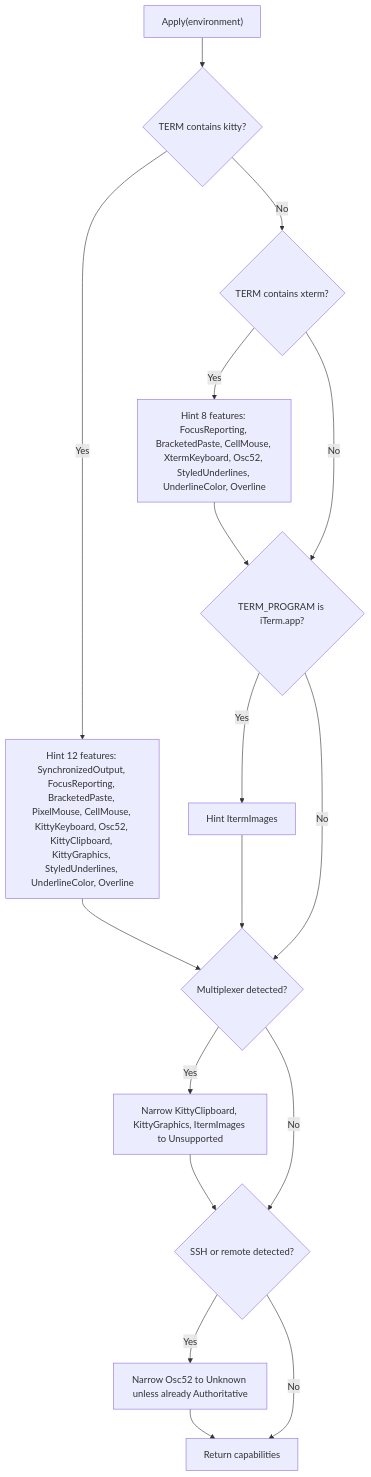
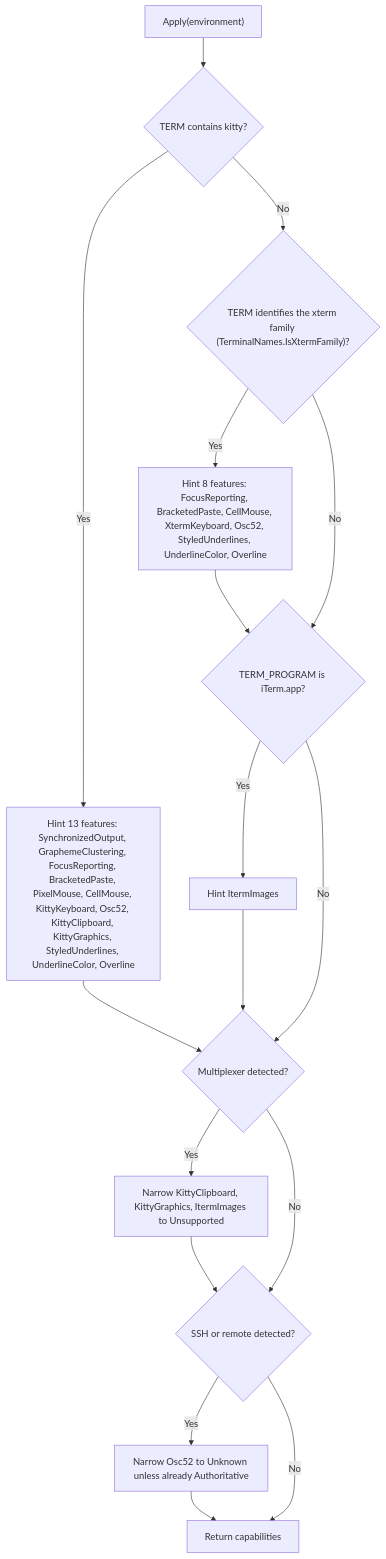
The first of 3 diagrams in docs/architecture/discovery-pipeline.md (pavkam/sharp-vision), drawn with Mermaid before and after one commit. The commit also changed other lines of this file, not shown here.

First line of the commit message:
docs(terminal): fix stale xterm label and Kitty hint count in discovery diagram

````diff
--- a/docs/architecture/discovery-pipeline.md
+++ b/docs/architecture/discovery-pipeline.md
@@ -71,19 +71,19 @@
 ```mermaid
 flowchart TD
     Start["Apply(environment)"] --> Kitty{"TERM contains kitty?"}
-    Kitty -->|Yes| KittyHints["Hint 12 features: SynchronizedOutput, FocusReporting, BracketedPaste, PixelMouse, CellMouse, KittyKeyboard, Osc52, KittyClipboard, KittyGraphics, StyledUnderlines, UnderlineColor, Overline"]
-    Kitty -->|No| Xterm{"TERM contains xterm?"}
+    Kitty -->|Yes| KittyHints["Hint 13 features: SynchronizedOutput, GraphemeClustering, FocusReporting, BracketedPaste, PixelMouse, CellMouse, KittyKeyboard, Osc52, KittyClipboard, KittyGraphics, StyledUnderlines, UnderlineColor, Overline"]
+    Kitty -->|No| Xterm{"TERM identifies the xterm family (TerminalNames.IsXtermFamily)?"}
     Xterm -->|Yes| XtermHints["Hint 8 features: FocusReporting, BracketedPaste, CellMouse, XtermKeyboard, Osc52, StyledUnderlines, UnderlineColor, Overline"]
     Xterm -->|No| Iterm
     XtermHints --> Iterm{"TERM_PROGRAM is iTerm.app?"}
     Iterm -->|Yes| ItermHint["Hint ItermImages"]
     Iterm -->|No| Multiplexer
     KittyHints --> Multiplexer{"Multiplexer detected?"}
     ItermHint --> Multiplexer
     Multiplexer -->|Yes| Narrow["Narrow KittyClipboard, KittyGraphics, ItermImages to Unsupported"]
     Multiplexer -->|No| Remote
     Narrow --> Remote{"SSH or remote detected?"}
     Remote -->|Yes| NarrowOsc52["Narrow Osc52 to Unknown unless already Authoritative"]
     Remote -->|No| Done["Return capabilities"]
     NarrowOsc52 --> Done
 ```
````
